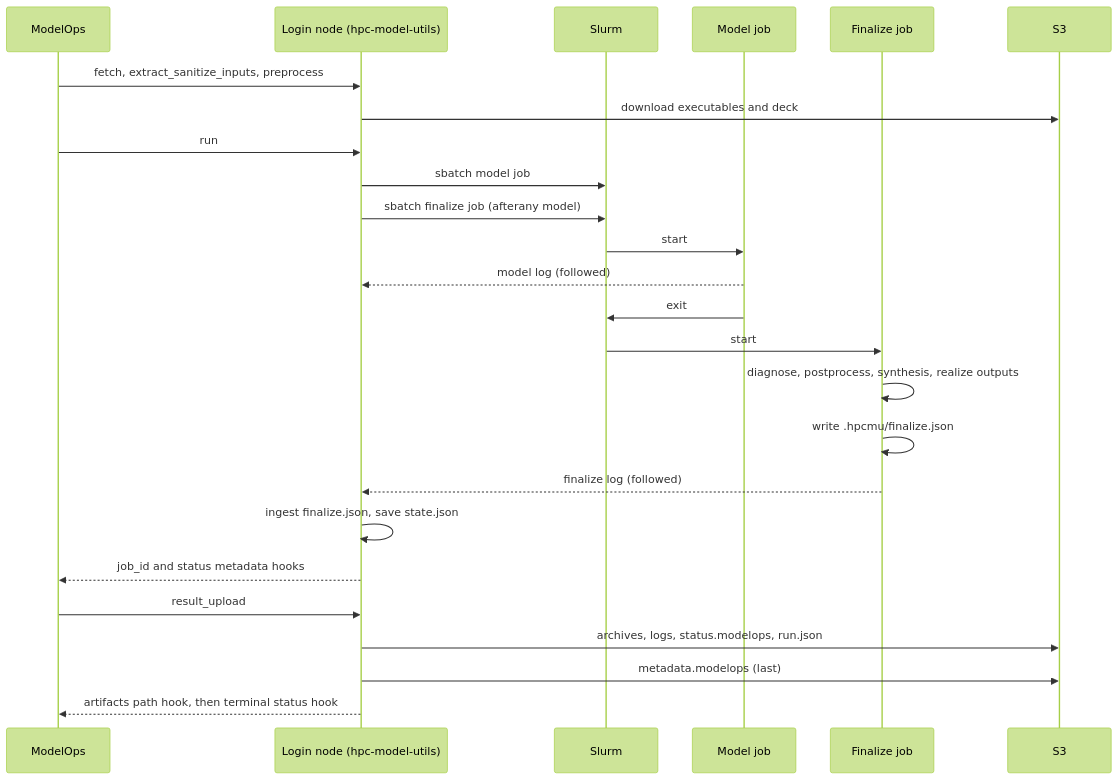
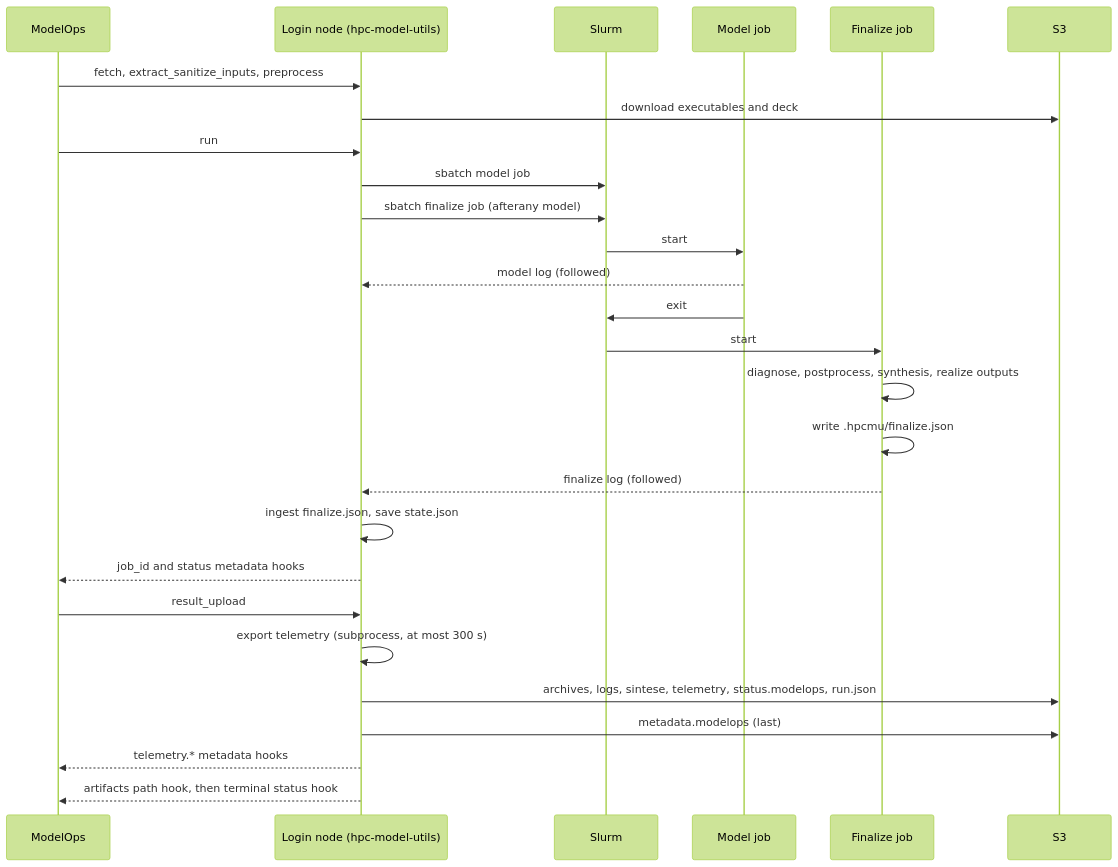
Before and after one commit to renanmaciel-84/hpc-model-utils: the second of 2 diagrams in docs/architecture.md, drawn with Mermaid (forest theme). The commit also changed other lines of this file and 21 other files, not shown here.

````diff
--- a/docs/architecture.md
+++ b/docs/architecture.md
@@ -250,28 +265,30 @@
 ```mermaid
 sequenceDiagram
     participant MO as ModelOps
     participant Login as Login node (hpc-model-utils)
     participant Slurm
     participant Model as Model job
     participant Fin as Finalize job
     participant S3
 
     MO->>Login: fetch, extract_sanitize_inputs, preprocess
     Login->>S3: download executables and deck
     MO->>Login: run
     Login->>Slurm: sbatch model job
     Login->>Slurm: sbatch finalize job (afterany model)
     Slurm->>Model: start
     Model-->>Login: model log (followed)
     Model->>Slurm: exit
     Slurm->>Fin: start
     Fin->>Fin: diagnose, postprocess, synthesis, realize outputs
     Fin->>Fin: write .hpcmu/finalize.json
     Fin-->>Login: finalize log (followed)
     Login->>Login: ingest finalize.json, save state.json
     Login-->>MO: job_id and status metadata hooks
     MO->>Login: result_upload
-    Login->>S3: archives, logs, status.modelops, run.json
+    Login->>Login: export telemetry (subprocess, at most 300 s)
+    Login->>S3: archives, logs, sintese, telemetry, status.modelops, run.json
     Login->>S3: metadata.modelops (last)
+    Login-->>MO: telemetry.* metadata hooks
     Login-->>MO: artifacts path hook, then terminal status hook
 ```
````
